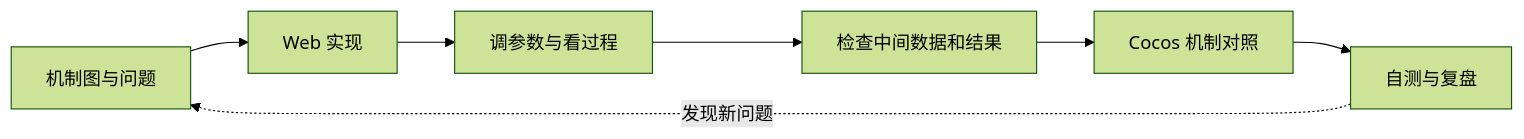
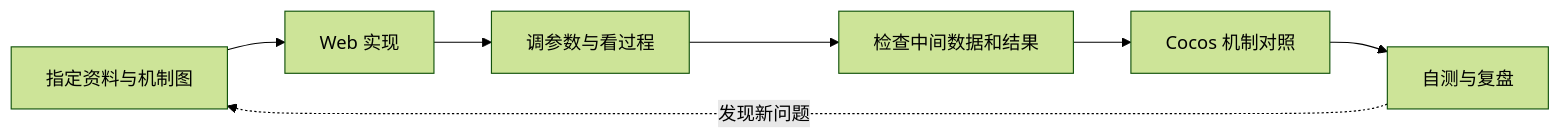
One commit to hongyesuifeng/openClasses changed the second of 4 diagrams in learning-routes/topic-index/3d-game-client.md. Above: the diagram before and after it, drawn with Mermaid (forest theme). The commit also changed other lines of this file and 9 other files, not shown here.

````diff
--- a/learning-routes/topic-index/3d-game-client.md
+++ b/learning-routes/topic-index/3d-game-client.md
@@ -31,9 +31,9 @@
 ```mermaid
 flowchart LR
-    A[机制图与问题] --> B[Web 实现]
+    A[指定资料与机制图] --> B[Web 实现]
     B --> C[调参数与看过程]
     C --> D[检查中间数据和结果]
     D --> E[Cocos 机制对照]
     E --> F[自测与复盘]
     F -.发现新问题.-> A
 ```
````
